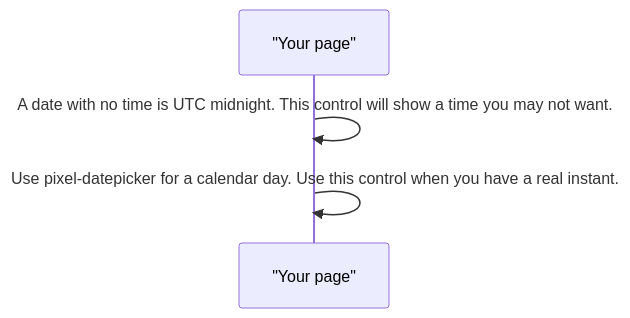
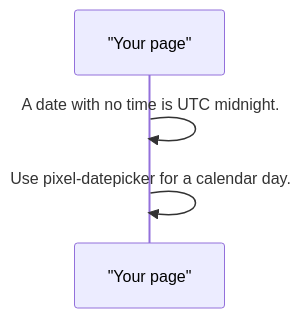
Before and after one commit to RajshekharBorate/pixel-ui: the third of 3 diagrams in projects/pixel-ui/src/lib/pixel-timestamp/DESIGN.md, drawn with Mermaid. The commit also changed other lines of this file and 80 other files, not shown here.

Commit message:
Fill missing design flows and correct the stories that did not match component behavior.

````diff
--- a/projects/pixel-ui/src/lib/pixel-timestamp/DESIGN.md
+++ b/projects/pixel-ui/src/lib/pixel-timestamp/DESIGN.md
@@ -57,6 +57,6 @@
 ```mermaid
 sequenceDiagram
   participant page as "Your page"
-  page->>page: A date with no time is UTC midnight. This control will show a time you may not want.
-  page->>page: Use pixel-datepicker for a calendar day. Use this control when you have a real instant.
+  page->>page: A date with no time is UTC midnight.
+  page->>page: Use pixel-datepicker for a calendar day.
 ```
````
